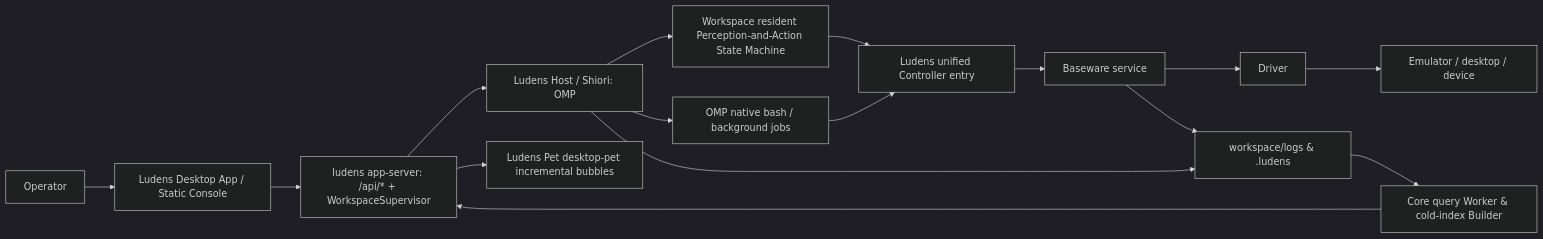
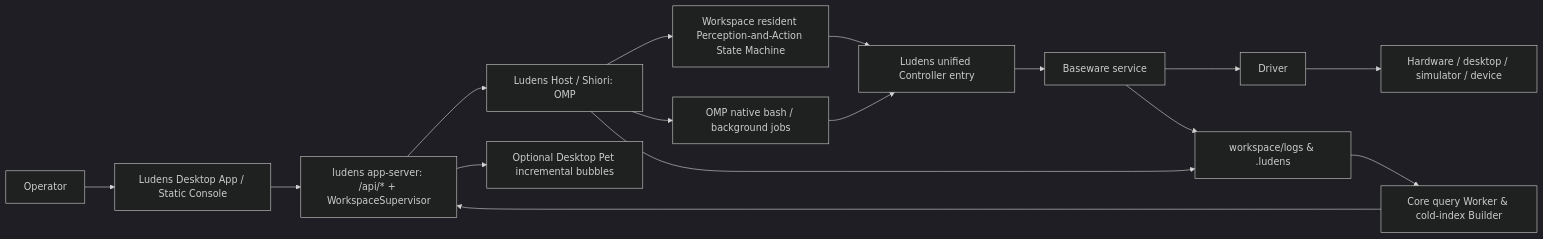
One commit to Arkevo-Lab/Ludens changed the diagram in docs/en/reference/architecture.md. Above: the diagram before and after it, drawn with Mermaid (dark theme). The commit also changed other lines of this file and 87 other files, not shown here.

````diff
--- a/docs/en/reference/architecture.md
+++ b/docs/en/reference/architecture.md
@@ -15,18 +15,18 @@
 ```mermaid
 flowchart LR
     O[Operator] --> D[Ludens Desktop App / Static Console]
     D --> Srv[ludens app-server: /api/* + WorkspaceSupervisor]
     Srv --> H[Ludens Host / Shiori: OMP]
     H --> P[Workspace resident Perception-and-Action State Machine]
     H --> S[OMP native bash / background jobs]
     S --> C[Ludens unified Controller entry]
     P --> C
     C --> B[Baseware service]
     B --> Dvr[Driver]
-    Dvr --> E[Emulator / desktop / device]
+    Dvr --> E[Hardware / desktop / simulator / device]
     H --> L[workspace/logs & .ludens]
     B --> L
     L --> R[Core query Worker & cold-index Builder]
     R --> Srv
-    Srv --> A[Ludens Pet desktop-pet incremental bubbles]
+    Srv --> A[Optional Desktop Pet incremental bubbles]
 ```
````
